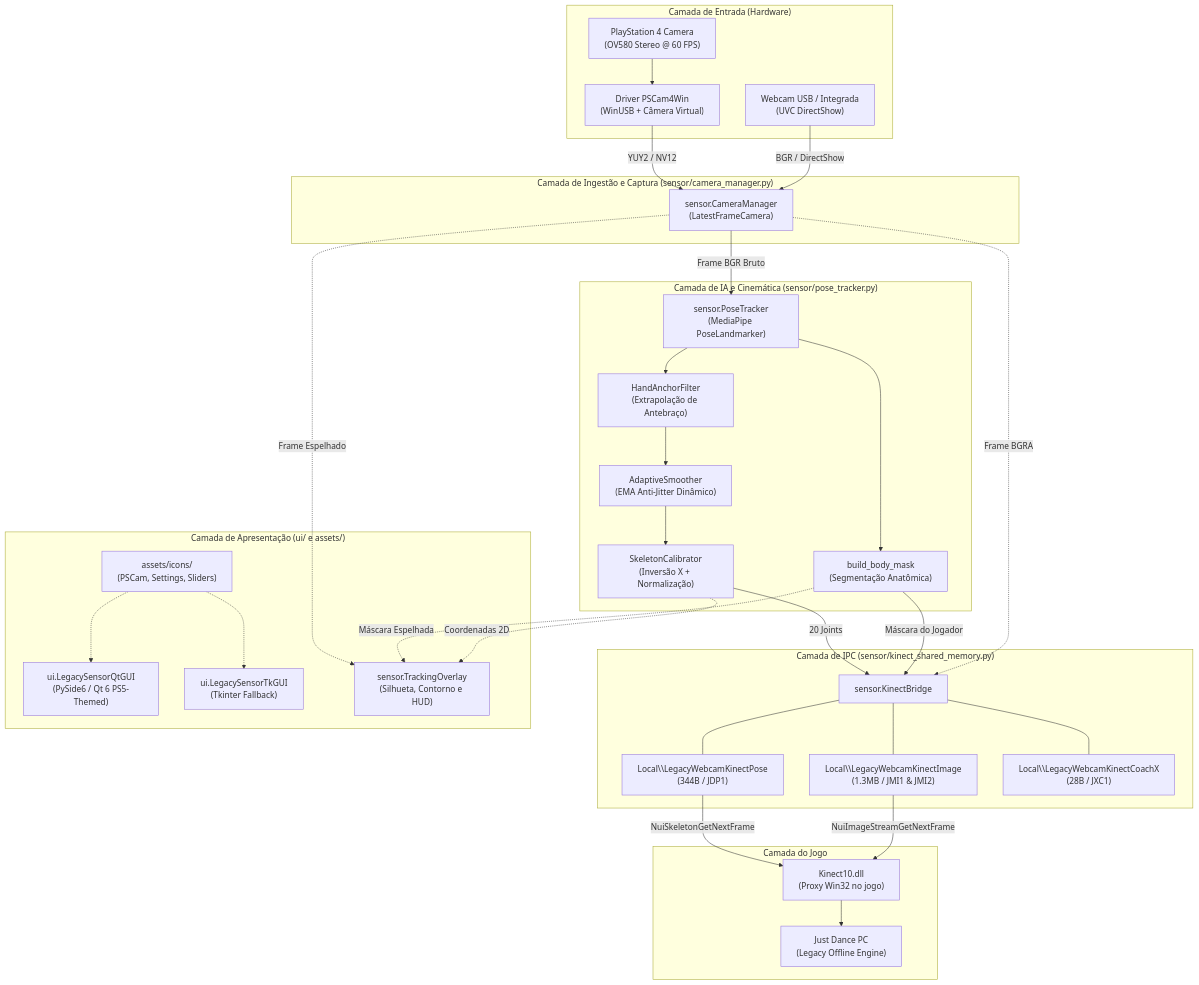
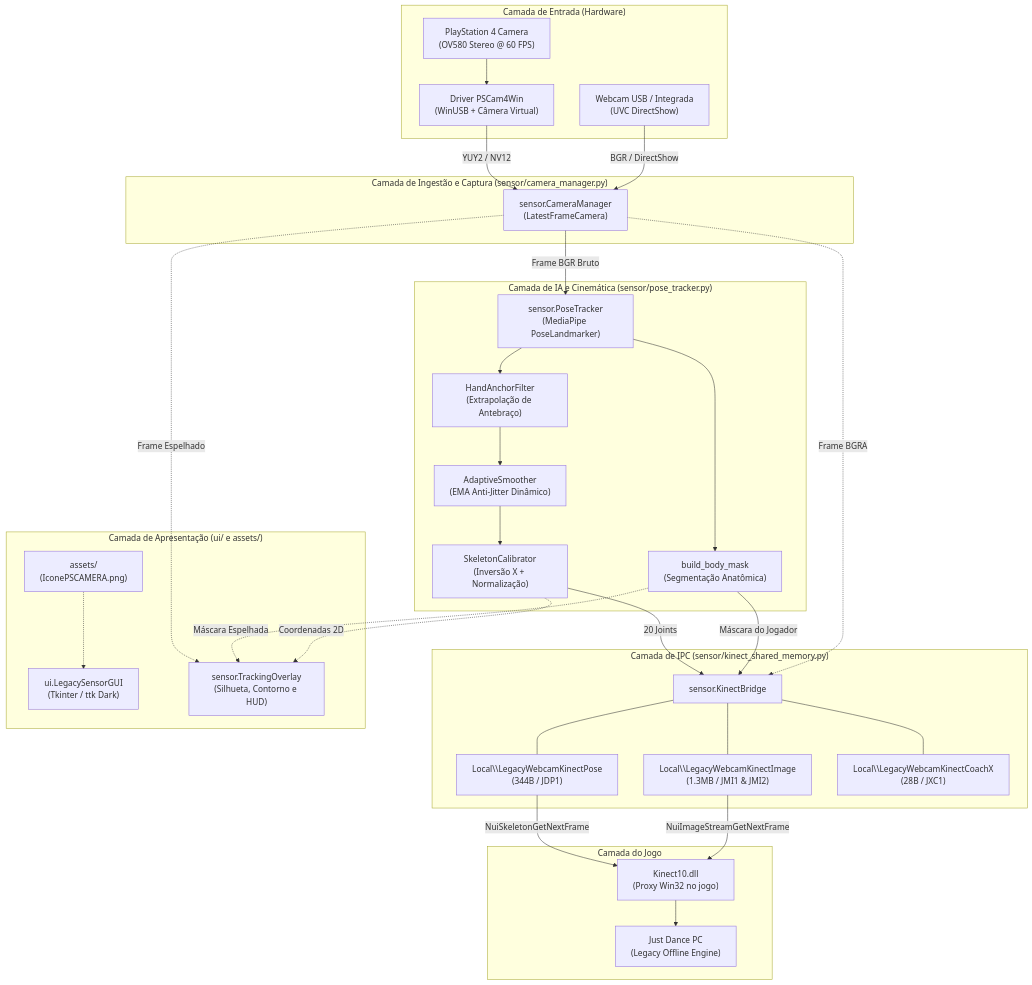
Before and after one commit to EddScissors42/LegacyPSCam_Sensor: the diagram in docs/ARCHITECTURE.md, drawn with Mermaid. The commit also changed other lines of this file, not shown here.

Commit message:
docs: update architecture notes

````diff
--- a/docs/ARCHITECTURE.md
+++ b/docs/ARCHITECTURE.md
@@ -51,64 +39,62 @@
 ```mermaid
 flowchart TD
     subgraph HARDWARE_LAYER["Camada de Entrada (Hardware)"]
         PS4CAM["PlayStation 4 Camera\n(OV580 Stereo @ 60 FPS)"]
         WEBCAM["Webcam USB / Integrada\n(UVC DirectShow)"]
         PSCAM_DRIVER["Driver PSCam4Win\n(WinUSB + Câmera Virtual)"]
         PS4CAM --> PSCAM_DRIVER
     end
 
     subgraph INGESTION_LAYER["Camada de Ingestão e Captura (sensor/camera_manager.py)"]
         CAM_MGR["sensor.CameraManager\n(LatestFrameCamera)"]
         PSCAM_DRIVER -->|YUY2 / NV12| CAM_MGR
         WEBCAM -->|BGR / DirectShow| CAM_MGR
     end
 
     subgraph VISION_LAYER["Camada de IA e Cinemática (sensor/pose_tracker.py)"]
         POSE_ENGINE["sensor.PoseTracker\n(MediaPipe PoseLandmarker)"]
         ANCHOR["HandAnchorFilter\n(Extrapolação de Antebraço)"]
         SMOOTHER["AdaptiveSmoother\n(EMA Anti-Jitter Dinâmico)"]
         CALIBRATOR["SkeletonCalibrator\n(Inversão X + Normalização)"]
         MASK_GEN["build_body_mask\n(Segmentação Anatômica)"]
         
         CAM_MGR -->|Frame BGR Bruto| POSE_ENGINE
         POSE_ENGINE --> ANCHOR
         ANCHOR --> SMOOTHER
         SMOOTHER --> CALIBRATOR
         POSE_ENGINE --> MASK_GEN
     end
 
     subgraph IPC_LAYER["Camada de IPC (sensor/kinect_shared_memory.py)"]
         BRIDGE["sensor.KinectBridge"]
         MEM_POSE["Local\\LegacyWebcamKinectPose\n(344B / JDP1)"]
         MEM_IMG["Local\\LegacyWebcamKinectImage\n(1.3MB / JMI1 & JMI2)"]
         MEM_COACH["Local\\LegacyWebcamKinectCoachX\n(28B / JXC1)"]
         
         CALIBRATOR -->|20 Joints| BRIDGE
         MASK_GEN -->|Máscara do Jogador| BRIDGE
         CAM_MGR -.->|Frame BGRA| BRIDGE
         
         BRIDGE --- MEM_POSE
         BRIDGE --- MEM_IMG
         BRIDGE --- MEM_COACH
     end
 
     subgraph GAME_LAYER["Camada do Jogo"]
         DLL["Kinect10.dll\n(Proxy Win32 no jogo)"]
         GAME["Just Dance PC\n(Legacy Offline Engine)"]
         MEM_POSE -->|NuiSkeletonGetNextFrame| DLL
         MEM_IMG -->|NuiImageStreamGetNextFrame| DLL
         DLL --> GAME
     end
 
     subgraph UI_LAYER["Camada de Apresentação (ui/ e assets/)"]
-        GUI_QT["ui.LegacySensorQtGUI\n(PySide6 / Qt 6 PS5-Themed)"]
-        GUI_TK["ui.LegacySensorTkGUI\n(Tkinter Fallback)"]
+        GUI["ui.LegacySensorGUI\n(Tkinter / ttk Dark)"]
         OVERLAY["sensor.TrackingOverlay\n(Silhueta, Contorno e HUD)"]
-        ASSETS["assets/icons/\n(PSCam, Settings, Sliders)"]
+        ASSETS["assets/\n(IconePSCAMERA.png)"]
         CAM_MGR -.->|Frame Espelhado| OVERLAY
         MASK_GEN -.->|Máscara Espelhada| OVERLAY
         CALIBRATOR -.->|Coordenadas 2D| OVERLAY
-        ASSETS -.-> GUI_QT
-        ASSETS -.-> GUI_TK
+        ASSETS -.-> GUI
     end
 ```
````
